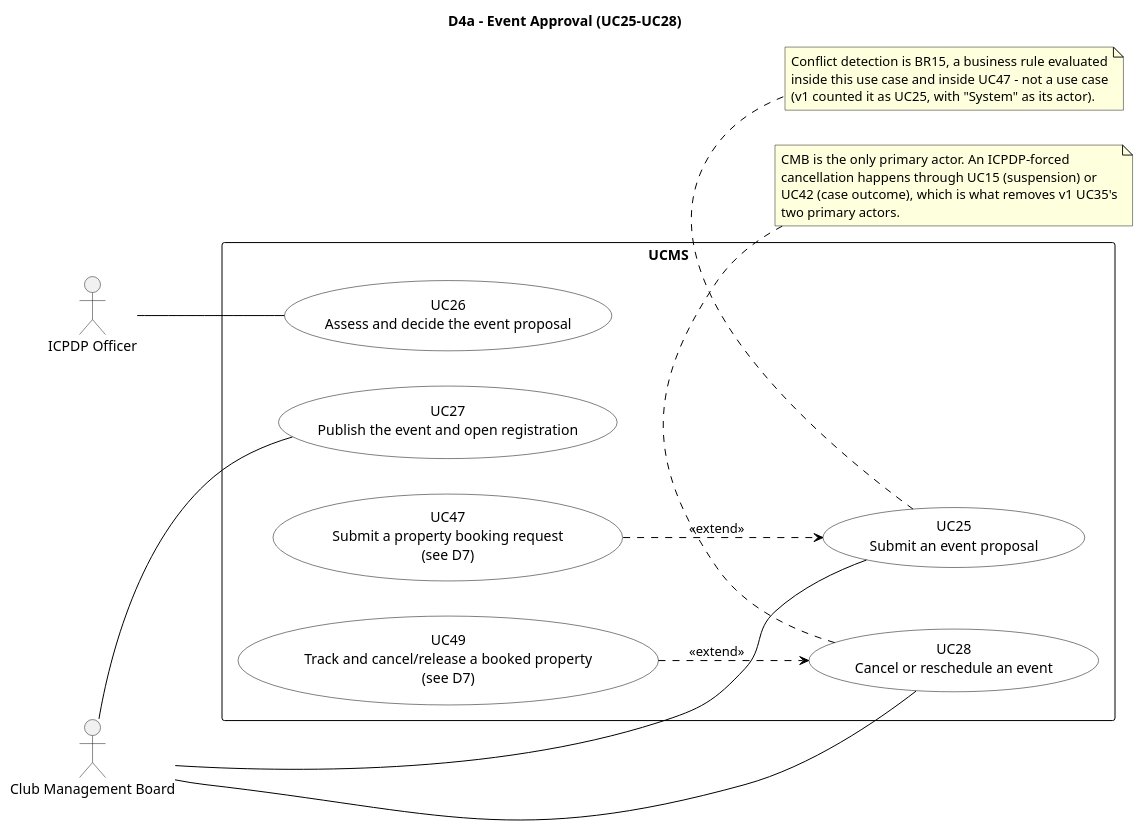
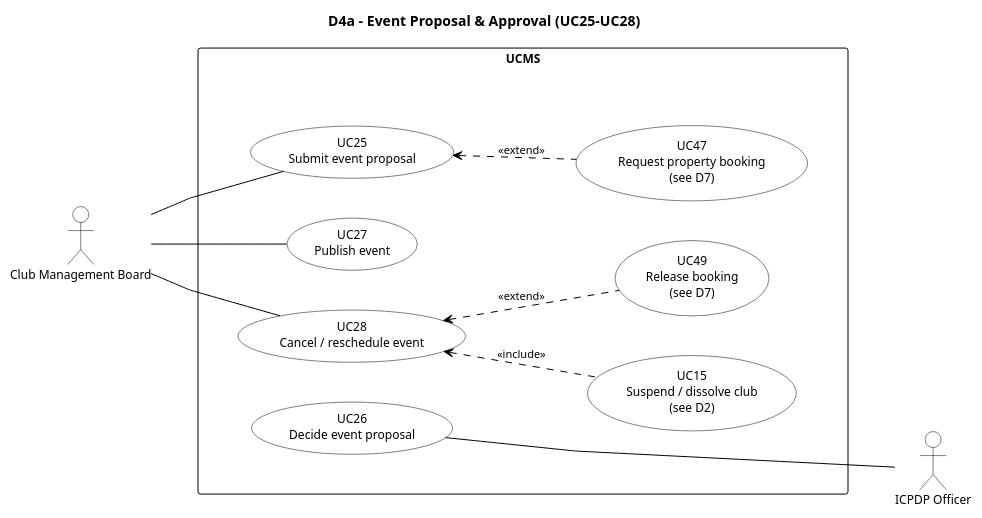
One commit to nvdekay/ClubManagementSystem changed the diagram in docs/diagrams/v2/D4a_EventApproval.puml. Above: the diagram before and after it, drawn with PlantUML. The commit also changed 10 other files, not shown here.

First line of the commit message:
docs: redraw the v2 use case diagrams in Visual Paradigm style

```diff
--- a/docs/diagrams/v2/D4a_EventApproval.puml
+++ b/docs/diagrams/v2/D4a_EventApproval.puml
@@ -1,59 +1,64 @@
 @startuml v2_D4a_EventApproval
 left to right direction
+skinparam linetype polyline
+skinparam nodesep 40
+skinparam ranksep 60
 skinparam backgroundColor White
 skinparam shadowing false
 skinparam defaultFontName Helvetica
+skinparam defaultFontSize 12
+skinparam ArrowColor Black
+skinparam ArrowFontSize 11
+skinparam actor {
+  BackgroundColor White
+  BorderColor Black
+}
 skinparam usecase {
   BackgroundColor White
   BorderColor Black
-  ArrowColor Black
 }
 skinparam rectangle {
   BackgroundColor White
   BorderColor Black
 }
+skinparam package {
+  BackgroundColor White
+  BorderColor Black
+}
+' inner frame: invisible, only adds padding inside the system boundary
+skinparam rectangle<<inner>> {
+  BorderColor Transparent
+  FontColor Transparent
+}
+hide <<inner>> stereotype
 
-title D4a - Event Approval (UC25-UC28)
+title D4a - Event Proposal & Approval (UC25-UC28)
 
 actor "Club Management Board" as CMB
 actor "ICPDP Officer" as ICPDP
 
-rectangle UCMS {
-  usecase UC25 as "UC25
-  Submit an event proposal"
-  usecase UC26 as "UC26
-  Assess and decide the event proposal"
-  usecase UC27 as "UC27
-  Publish the event and open registration"
-  usecase UC28 as "UC28
-  Cancel or reschedule an event"
-  usecase UC47 as "UC47
-  Submit a property booking request
-  (see D7)"
-  usecase UC49 as "UC49
-  Track and cancel/release a booked property
-  (see D7)"
+rectangle "UCMS" {
+  rectangle " " <<inner>> {
+    usecase "UC25\nSubmit event proposal" as UC25
+    usecase "UC26\nDecide event proposal" as UC26
+    usecase "UC27\nPublish event" as UC27
+    usecase "UC28\nCancel / reschedule event" as UC28
+    usecase "UC47\nRequest property booking\n(see D7)" as UC47
+    usecase "UC49\nRelease booking\n(see D7)" as UC49
+    usecase "UC15\nSuspend / dissolve club\n(see D2)" as UC15
+  }
 }
-
-UC47 ..> UC25 : <<extend>>
-UC49 ..> UC28 : <<extend>>
 
 CMB -- UC25
 CMB -- UC27
 CMB -- UC28
 
-ICPDP -- UC26
+UC26 -- ICPDP
 
-note bottom of UC25
-  Conflict detection is BR15, a business rule evaluated
-  inside this use case and inside UC47 - not a use case
-  (v1 counted it as UC25, with "System" as its actor).
-end note
+UC25 <.. UC47 : <<extend>>
+UC28 <.. UC49 : <<extend>>
+UC28 <.. UC15 : <<include>>
 
-note bottom of UC28
-  CMB is the only primary actor. An ICPDP-forced
-  cancellation happens through UC15 (suspension) or
-  UC42 (case outcome), which is what removes v1 UC35's
-  two primary actors.
-end note
+' layout only: keep ICPDP in its own column to the right of the frame
+UC47 -[hidden]- ICPDP
 @enduml
```
